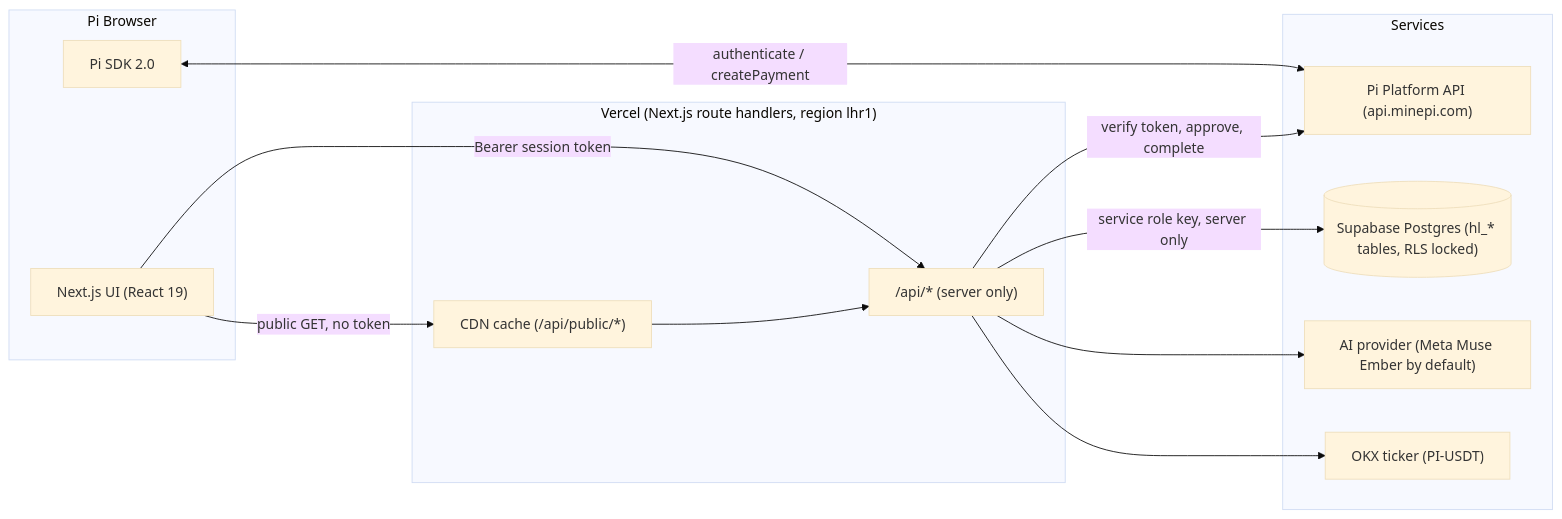
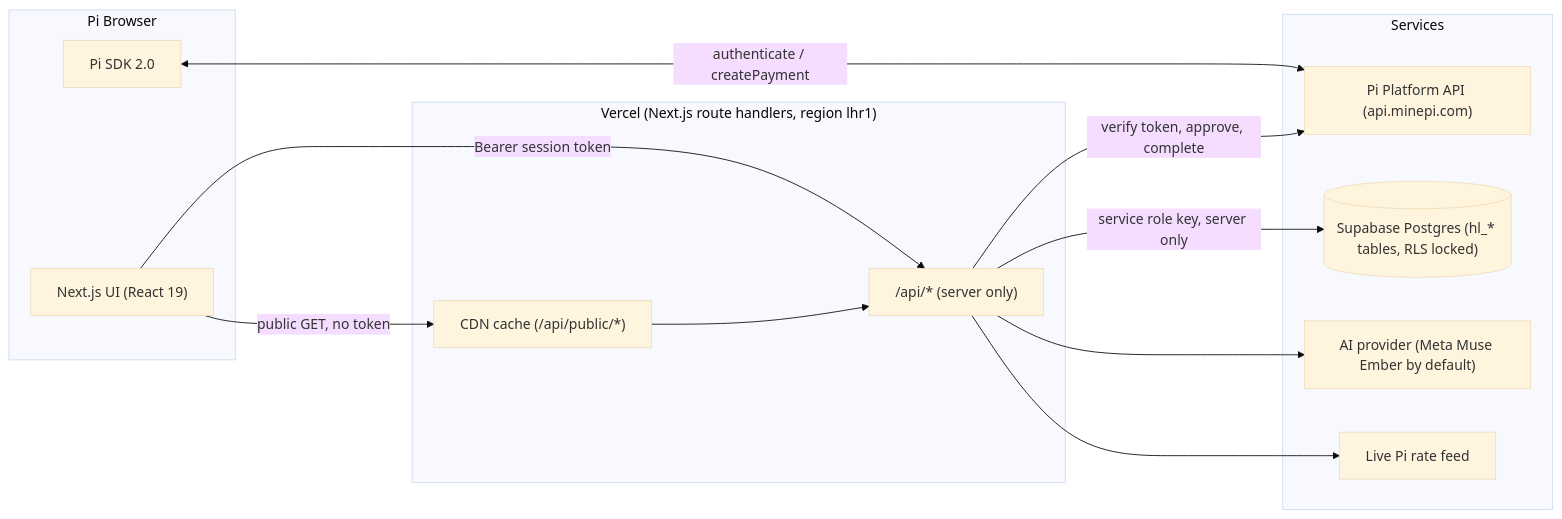
One commit to mohamedgamal2248/Healthy changed the first of 3 diagrams in README.md. Above: the diagram before and after it, drawn with Mermaid (base theme). The commit also changed other lines of this file and 1 other file, not shown here.

````diff
--- a/README.md
+++ b/README.md
@@ -54,24 +54,24 @@
 ```mermaid
 flowchart LR
   subgraph Client["Pi Browser"]
     UI["Next.js UI (React 19)"]
     SDK["Pi SDK 2.0"]
   end
   subgraph Vercel["Vercel (Next.js route handlers, region lhr1)"]
     API["/api/* (server only)"]
     CDN["CDN cache (/api/public/*)"]
   end
   subgraph Services
     PI["Pi Platform API (api.minepi.com)"]
     DB[("Supabase Postgres (hl_* tables, RLS locked)")]
     AI["AI provider (Meta Muse Ember by default)"]
-    OKX["OKX ticker (PI-USDT)"]
+    RATE["Live Pi rate feed"]
   end
   UI -->|Bearer session token| API
   UI -->|public GET, no token| CDN --> API
   SDK <-->|authenticate / createPayment| PI
   API -->|verify token, approve, complete| PI
   API -->|service role key, server only| DB
   API --> AI
-  API --> OKX
+  API --> RATE
 ```
````
